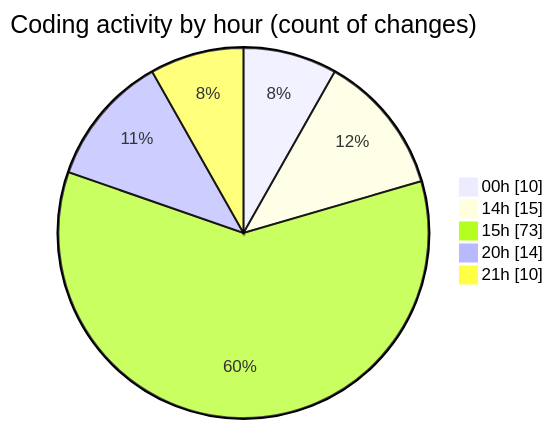
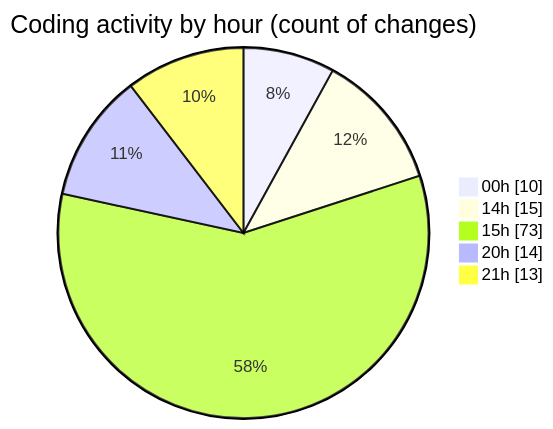
The second of 2 diagrams in 2025-04-07/echo/README.md (Netris89/code-tracking), drawn with Mermaid before and after one commit. The commit also changed other lines of this file and 1 other file, not shown here.

````diff
--- a/2025-04-07/echo/README.md
+++ b/2025-04-07/echo/README.md
@@ -41,9 +41,9 @@
 ```mermaid
 pie showData
 title Coding activity by hour (count of changes)
 "00h" : 10
 "14h" : 15
 "15h" : 73
 "20h" : 14
-"21h" : 10
+"21h" : 13
 ```
````
